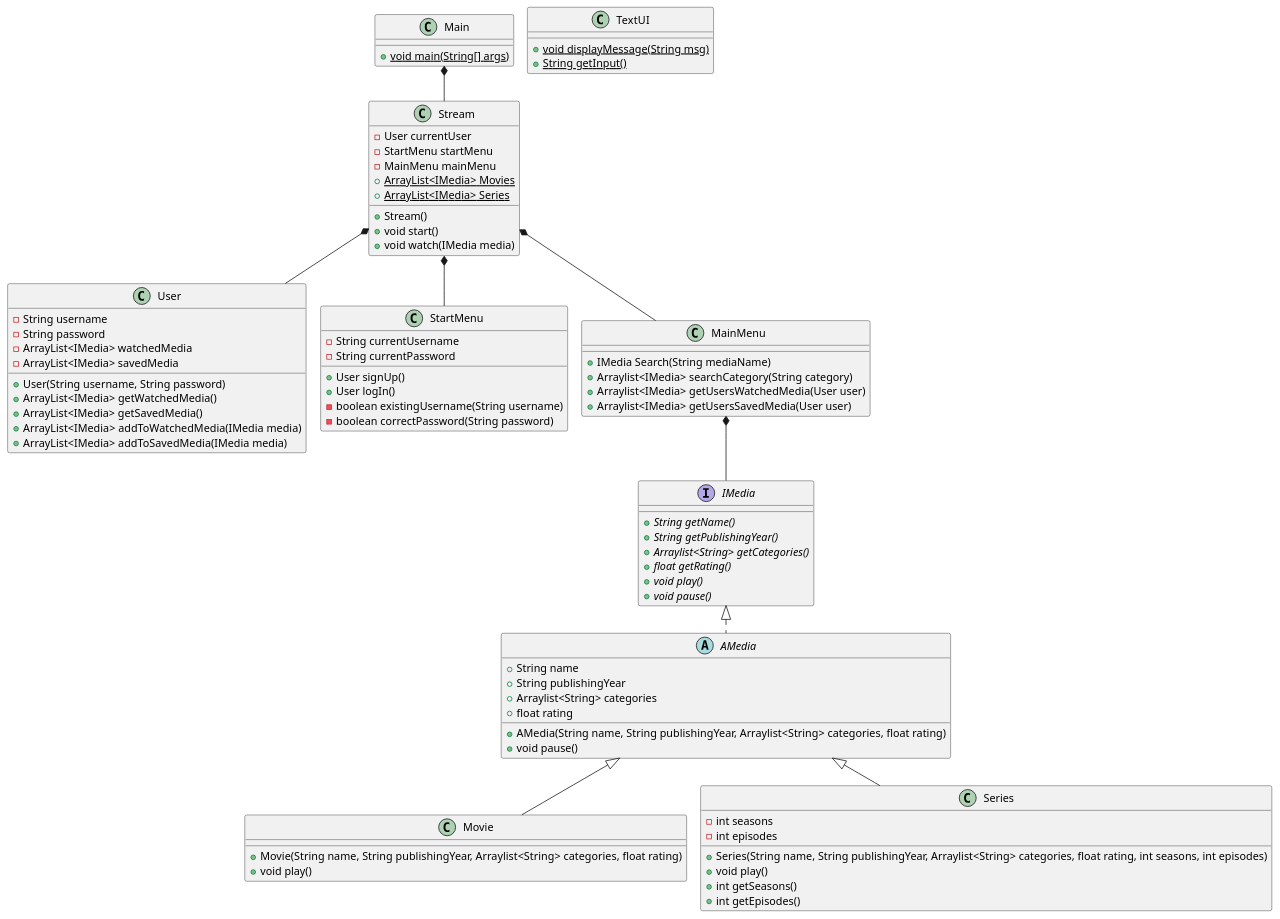
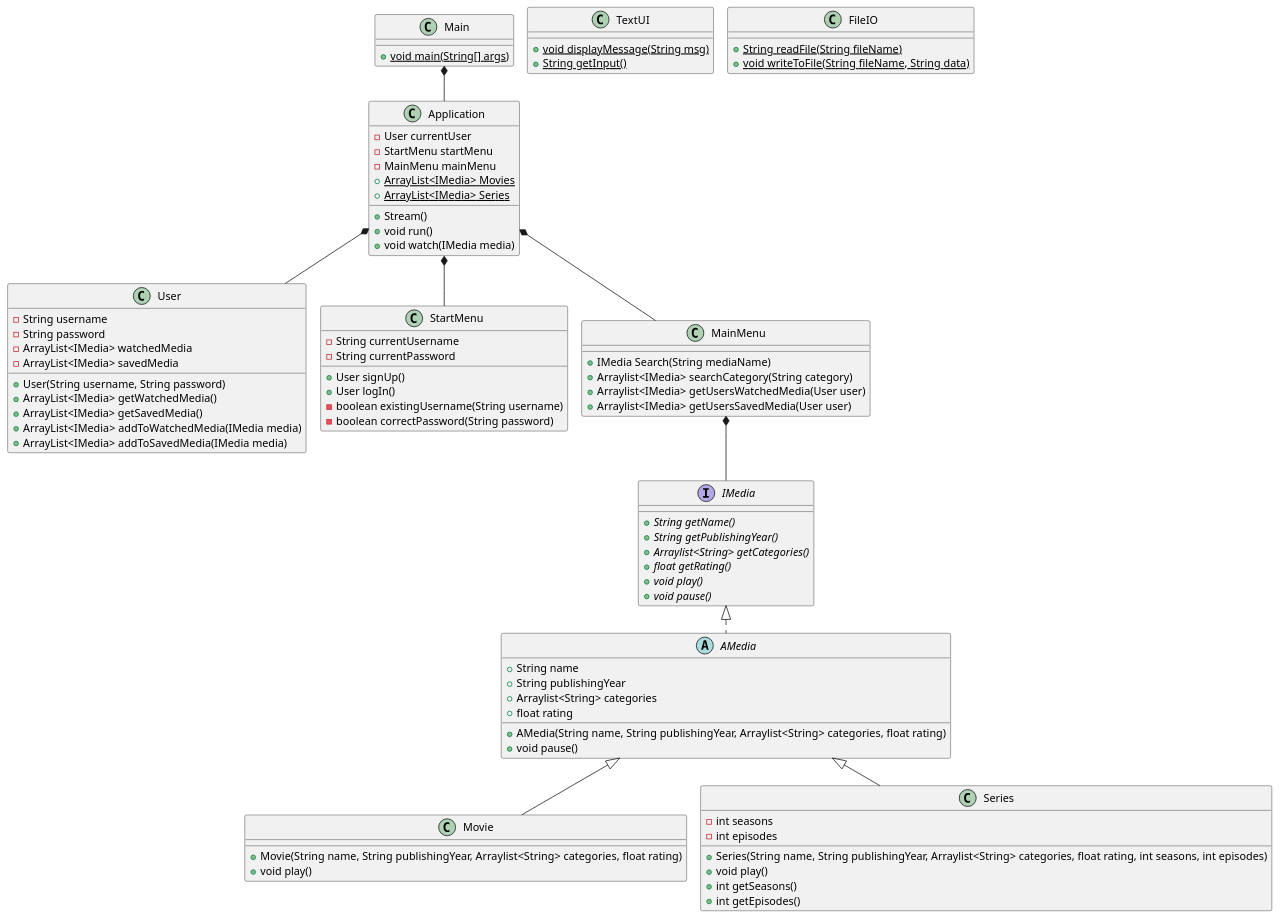
Before and after one commit to TobiasTheDanish/SP3: the diagram in Documentation/KlasseDiagram.puml, drawn with PlantUML. The commit also changed 3 other files, not shown here.

```diff
--- a/Documentation/KlasseDiagram.puml
+++ b/Documentation/KlasseDiagram.puml
@@ -1,85 +1,90 @@
 @startuml
 !pragma layout smetana
 
 interface IMedia {
     + {abstract} String getName()
     + {abstract} String getPublishingYear()
     + {abstract} Arraylist<String> getCategories()
     + {abstract} float getRating()
     + {abstract} void play()
     + {abstract} void pause()
 }
 abstract class AMedia implements IMedia {
     + String name
     + String publishingYear
     + Arraylist<String> categories
     + float rating
     + AMedia(String name, String publishingYear, Arraylist<String> categories, float rating)
     + void pause()
 }
 class Movie extends AMedia {
     + Movie(String name, String publishingYear, Arraylist<String> categories, float rating)
     + void play()
 }
 class Series extends AMedia {
     - int seasons
     - int episodes
     + Series(String name, String publishingYear, Arraylist<String> categories, float rating, int seasons, int episodes)
     + void play()
     + int getSeasons()
     + int getEpisodes()
 }
 class User {
     - String username
     - String password
     - ArrayList<IMedia> watchedMedia
     - ArrayList<IMedia> savedMedia
     + User(String username, String password)
     + ArrayList<IMedia> getWatchedMedia()
     + ArrayList<IMedia> getSavedMedia()
     + ArrayList<IMedia> addToWatchedMedia(IMedia media)
     + ArrayList<IMedia> addToSavedMedia(IMedia media)
 }
 class StartMenu {
     - String currentUsername
     - String currentPassword
     + User signUp()
     + User logIn()
     - boolean existingUsername(String username)
     - boolean correctPassword(String password)
 }
 class MainMenu {
     + IMedia Search(String mediaName)
     + Arraylist<IMedia> searchCategory(String category)
     + Arraylist<IMedia> getUsersWatchedMedia(User user)
     + Arraylist<IMedia> getUsersSavedMedia(User user)
 }
 
 class TextUI {
     + {static} void displayMessage(String msg)
     + {static} String getInput()
 }
 
+class FileIO {
+    + {static} String readFile(String fileName)
+    + {static} void writeToFile(String fileName, String data)
+}
+
 class Main {
     + {static} void main(String[] args)
 }
 
-class Stream{
+class Application {
     - User currentUser
     - StartMenu startMenu
     - MainMenu mainMenu
     + {static} ArrayList<IMedia> Movies
     + {static} ArrayList<IMedia> Series
     + Stream()
-    + void start()
+    + void run()
     + void watch(IMedia media)
 }
 
-Main *-- Stream
+Main *-- Application
 
-Stream *-- StartMenu
-Stream *-- MainMenu
-Stream *-- User
+Application *-- StartMenu
+Application *-- MainMenu
+Application *-- User
 MainMenu *-- IMedia
 
 @enduml
```
